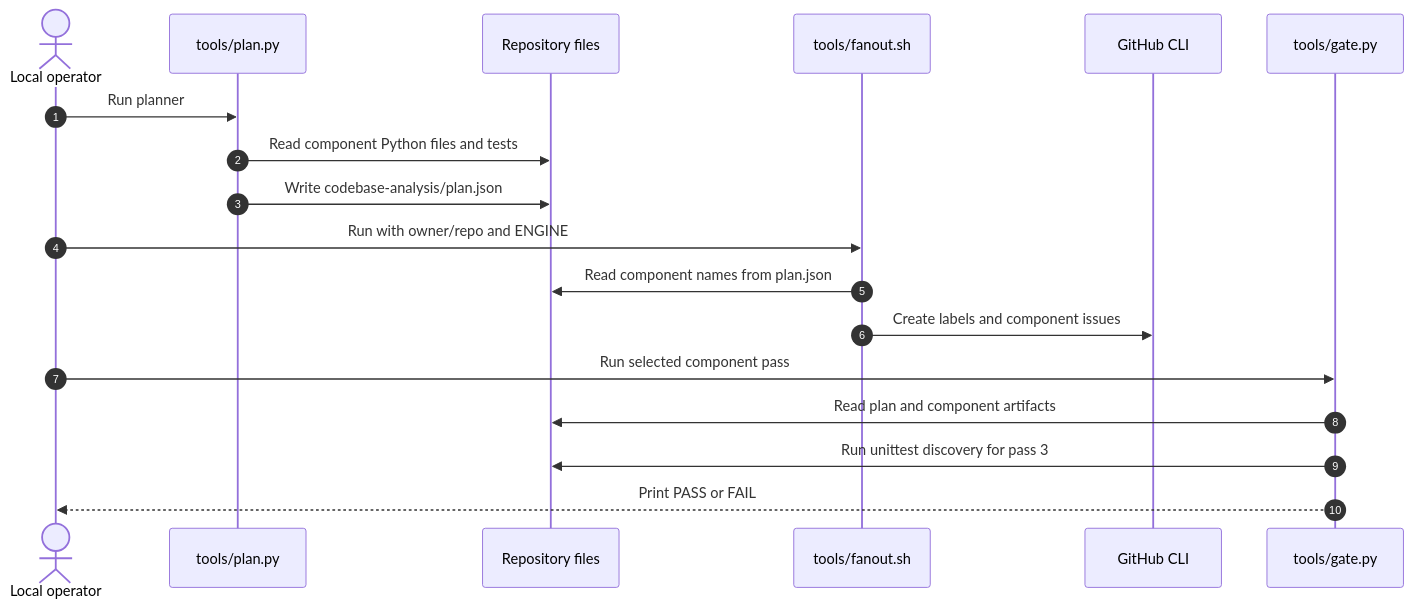
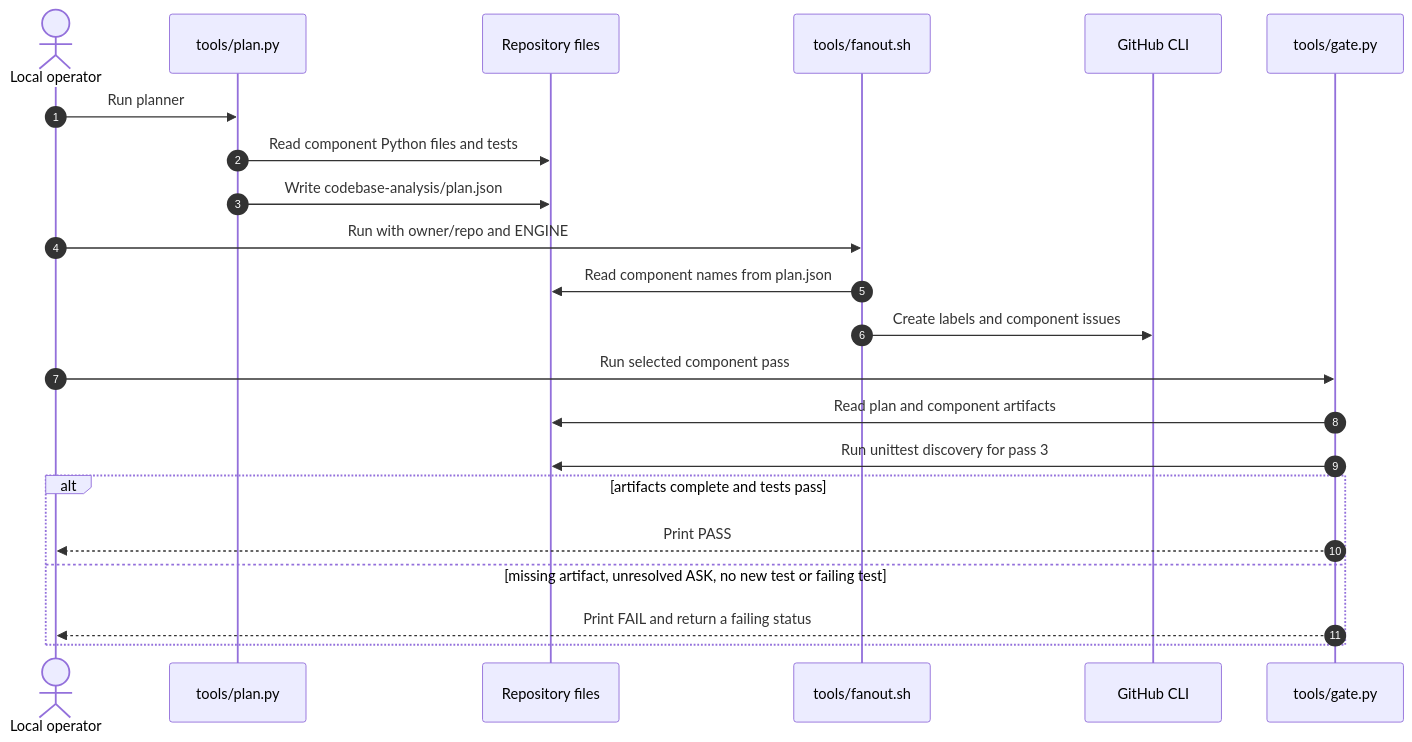
The ninth of 10 diagrams in codebase-analysis/hld/05-key-flows.md (vishalc412/bible-mode-b-test), drawn with Mermaid before and after one commit. The commit also changed other lines of this file and 38 other files, not shown here.

````diff
--- a/codebase-analysis/hld/05-key-flows.md
+++ b/codebase-analysis/hld/05-key-flows.md
@@ -329,20 +389,24 @@
 ```mermaid
 sequenceDiagram
   autonumber
   actor Operator as Local operator
   participant Plan as tools/plan.py
   participant Files as Repository files
   participant Fanout as tools/fanout.sh
   participant GH as GitHub CLI
   participant Gate as tools/gate.py
   Operator->>Plan: Run planner
   Plan->>Files: Read component Python files and tests
   Plan->>Files: Write codebase-analysis/plan.json
   Operator->>Fanout: Run with owner/repo and ENGINE
   Fanout->>Files: Read component names from plan.json
   Fanout->>GH: Create labels and component issues
   Operator->>Gate: Run selected component pass
   Gate->>Files: Read plan and component artifacts
   Gate->>Files: Run unittest discovery for pass 3
-  Gate-->>Operator: Print PASS or FAIL
+  alt artifacts complete and tests pass
+    Gate-->>Operator: Print PASS
+  else missing artifact, unresolved ASK, no new test or failing test
+    Gate-->>Operator: Print FAIL and return a failing status
+  end
 ```
````
